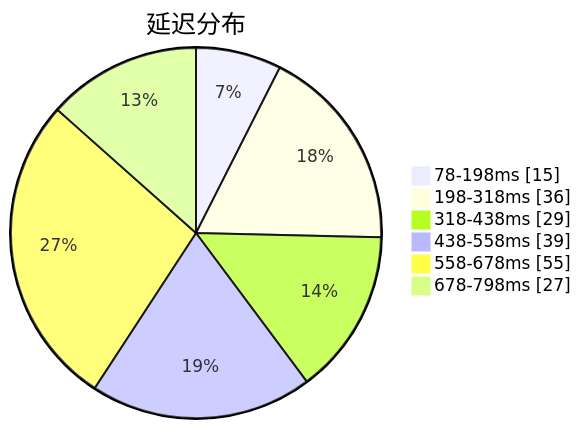
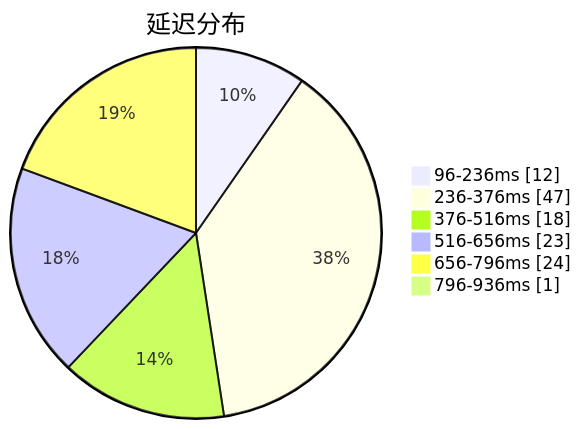
The first of 3 diagrams in subs/statistics/tested_within.md (sinspired/airport), drawn with Mermaid before and after one commit. The commit also changed other lines of this file and 2 other files, not shown here.

````diff
--- a/subs/statistics/tested_within.md
+++ b/subs/statistics/tested_within.md
@@ -2,10 +2,10 @@
 ```mermaid
 pie showData
 title 延迟分布
-"78-198ms" : 15
-"198-318ms" : 36
-"318-438ms" : 29
-"438-558ms" : 39
-"558-678ms" : 55
-"678-798ms" : 27
+"96-236ms" : 12
+"236-376ms" : 47
+"376-516ms" : 18
+"516-656ms" : 23
+"656-796ms" : 24
+"796-936ms" : 1
 ```
````
